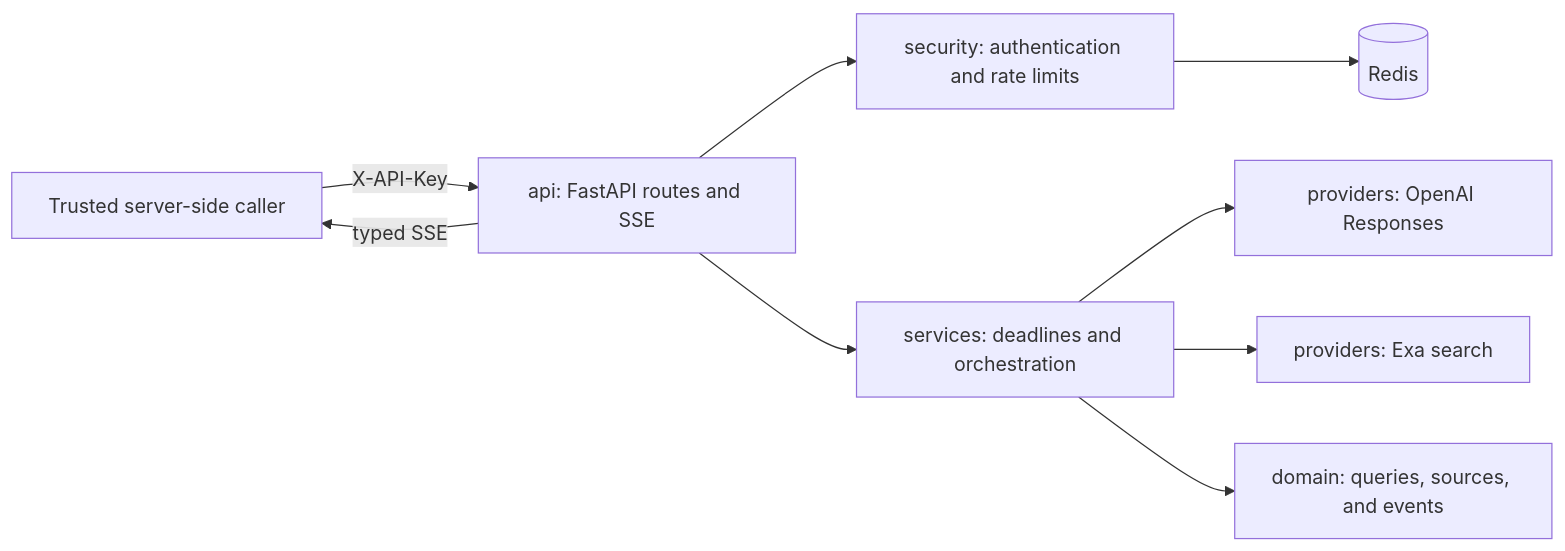
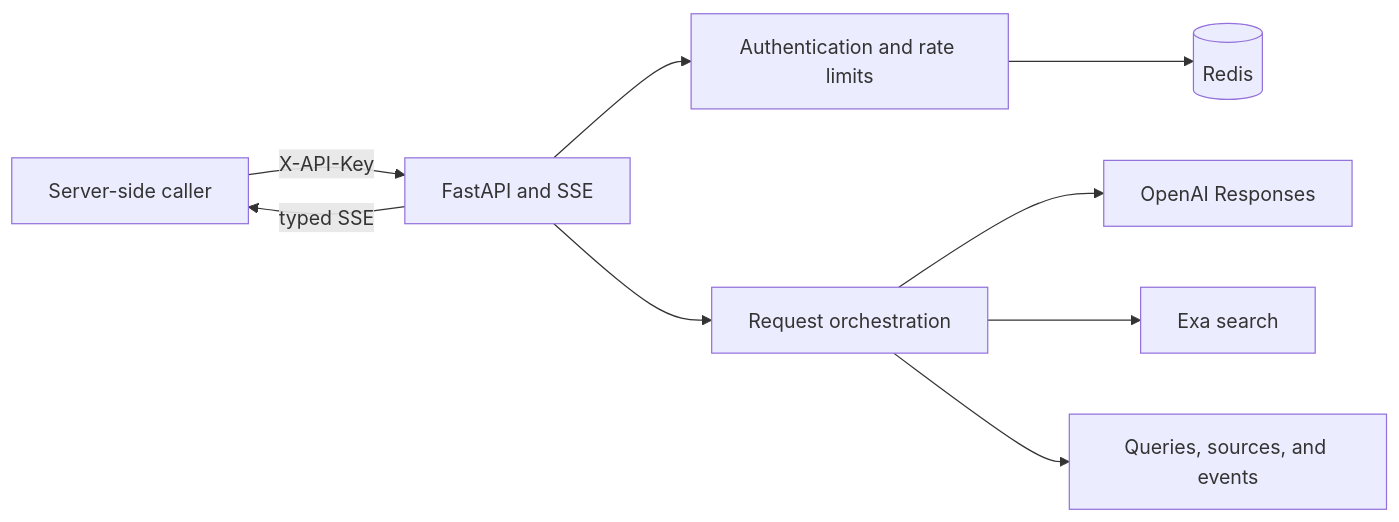
The diagram in README.md (ize202/SlipsharkAI), drawn with Mermaid before and after one commit. The commit also changed other lines of this file and 2 other files, not shown here.

````diff
--- a/README.md
+++ b/README.md
@@ -75,11 +54,11 @@
 ```mermaid
 flowchart LR
-    caller["Trusted server-side caller"] -->|"X-API-Key"| api["api: FastAPI routes and SSE"]
-    api --> security["security: authentication and rate limits"]
+    caller["Server-side caller"] -->|"X-API-Key"| api["FastAPI and SSE"]
+    api --> security["Authentication and rate limits"]
     security --> redis[(Redis)]
-    api --> service["services: deadlines and orchestration"]
-    service --> openai["providers: OpenAI Responses"]
-    service --> exa["providers: Exa search"]
-    service --> domain["domain: queries, sources, and events"]
+    api --> service["Request orchestration"]
+    service --> openai["OpenAI Responses"]
+    service --> exa["Exa search"]
+    service --> domain["Queries, sources, and events"]
     api -->|"typed SSE"| caller
 ```
````
